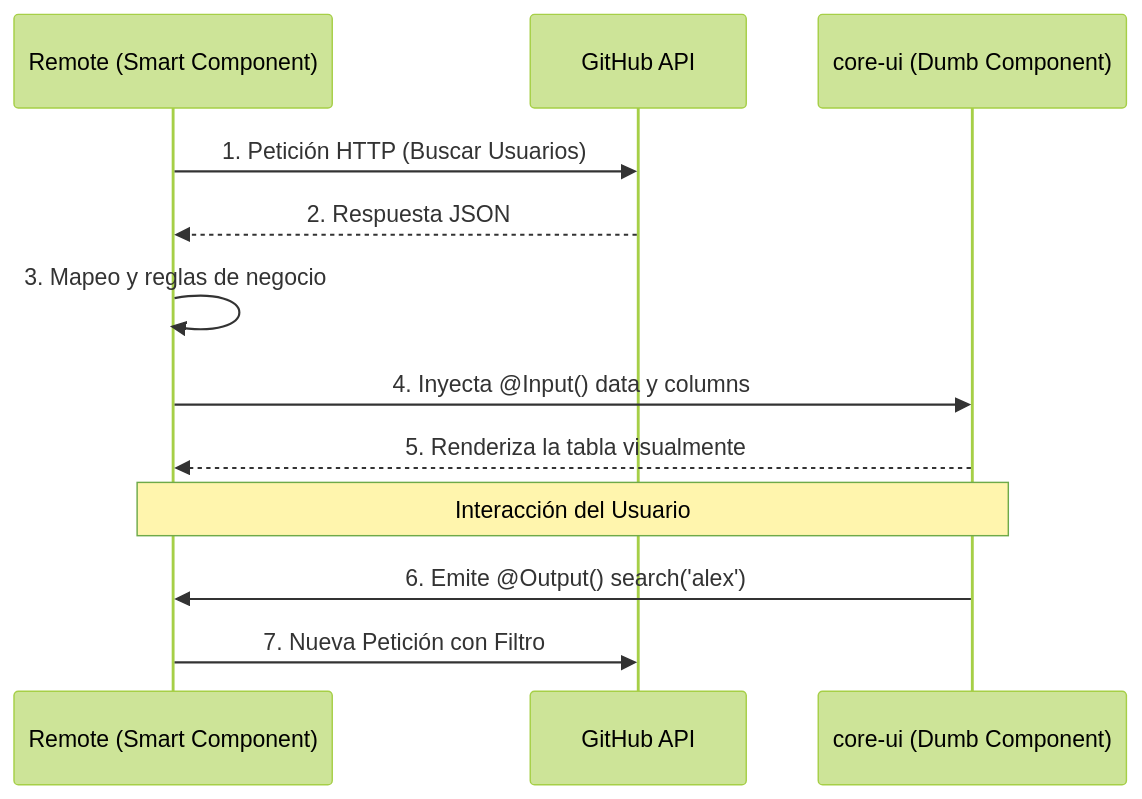
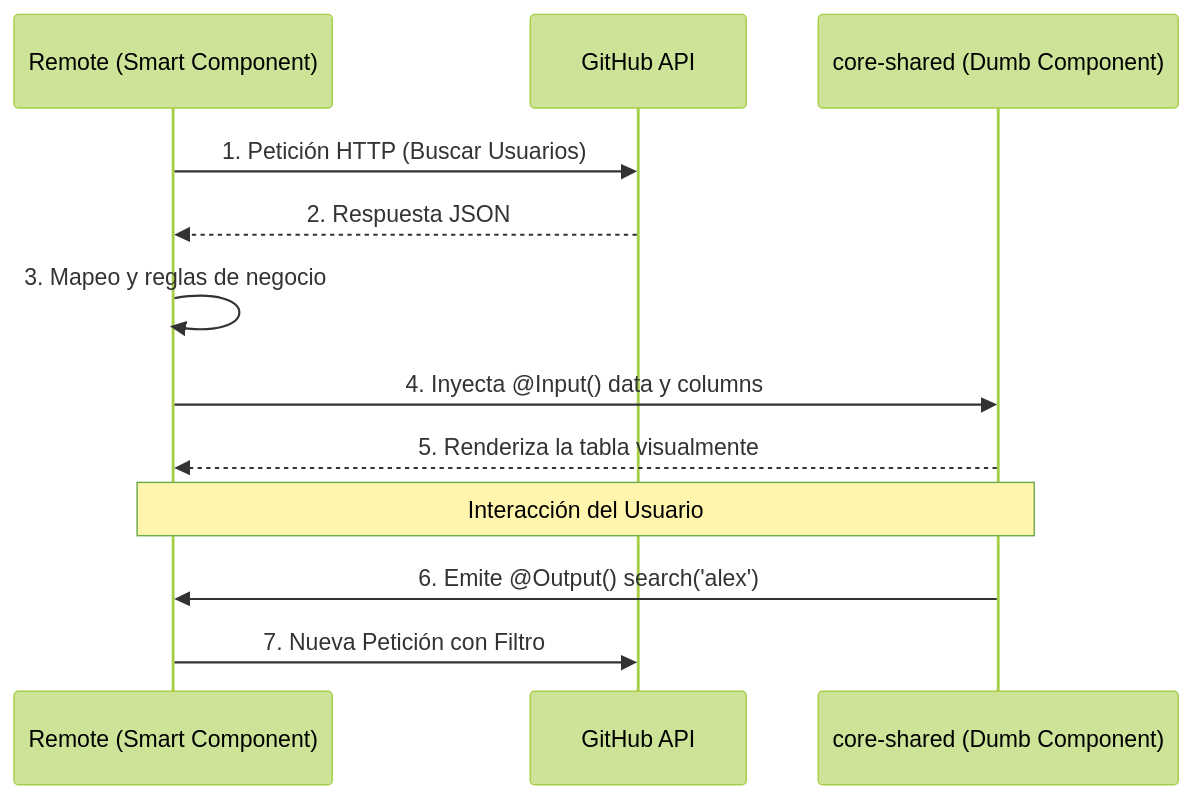
Before and after one commit to Alexander2305Potosi/microfront-github: the third of 4 diagrams in README.md, drawn with Mermaid (forest theme). The commit also changed other lines of this file and 24 other files, not shown here.

Commit message:
feat(core-shared): refactor transversal library to include auth and ui, update README

````diff
--- a/README.md
+++ b/README.md
@@ -148,16 +146,16 @@
 ```mermaid
 sequenceDiagram
     participant MFE as Remote (Smart Component)
     participant API as GitHub API
-    participant Table as core-ui (Dumb Component)
+    participant Table as core-shared (Dumb Component)
     
     MFE->>API: 1. Petición HTTP (Buscar Usuarios)
     API-->>MFE: 2. Respuesta JSON
     MFE->>MFE: 3. Mapeo y reglas de negocio
     MFE->>Table: 4. Inyecta @Input() data y columns
     Table-->>MFE: 5. Renderiza la tabla visualmente
     
     Note over Table,MFE: Interacción del Usuario
     Table->>MFE: 6. Emite @Output() search('alex')
     MFE->>API: 7. Nueva Petición con Filtro
 ```
````
